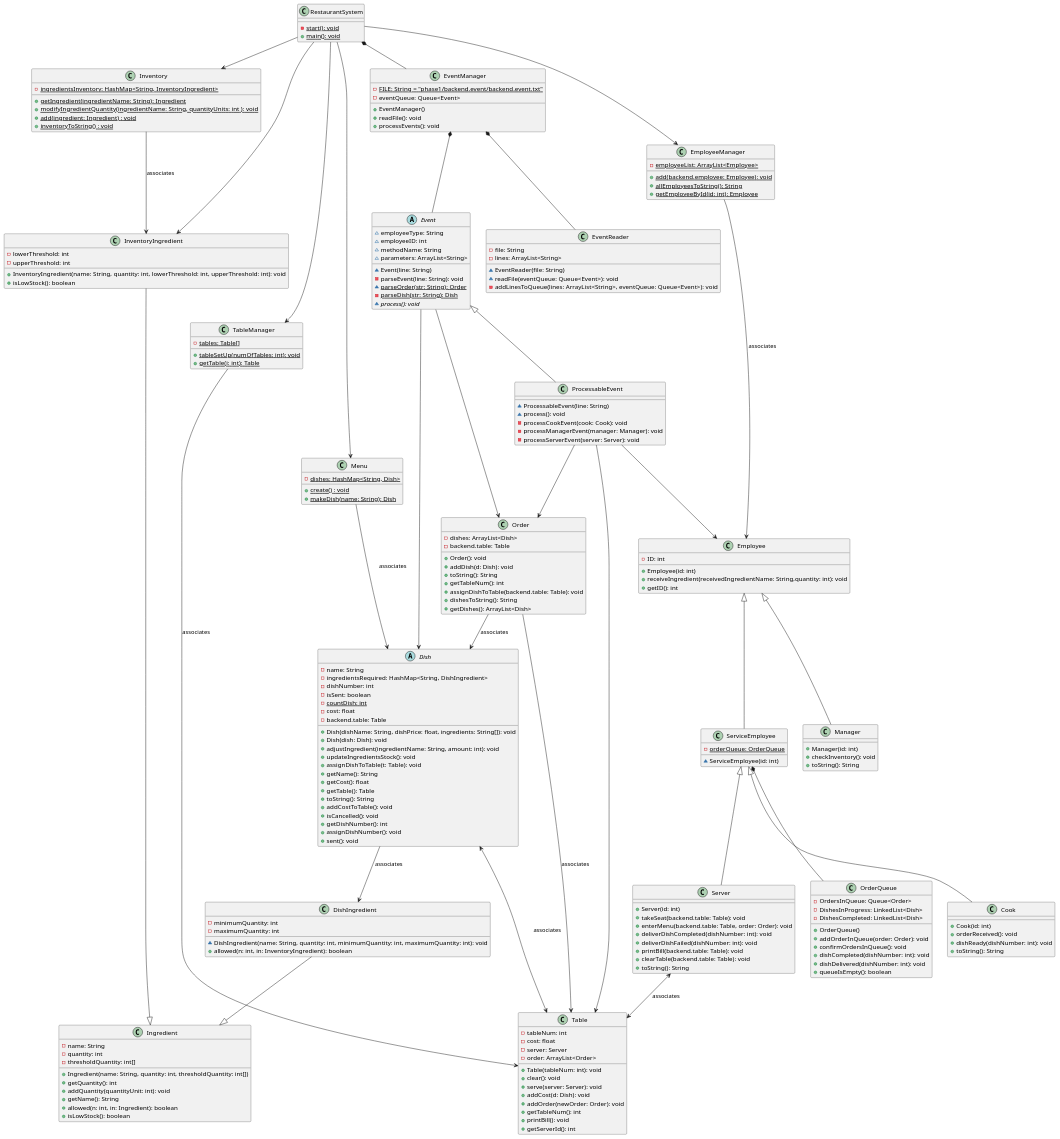
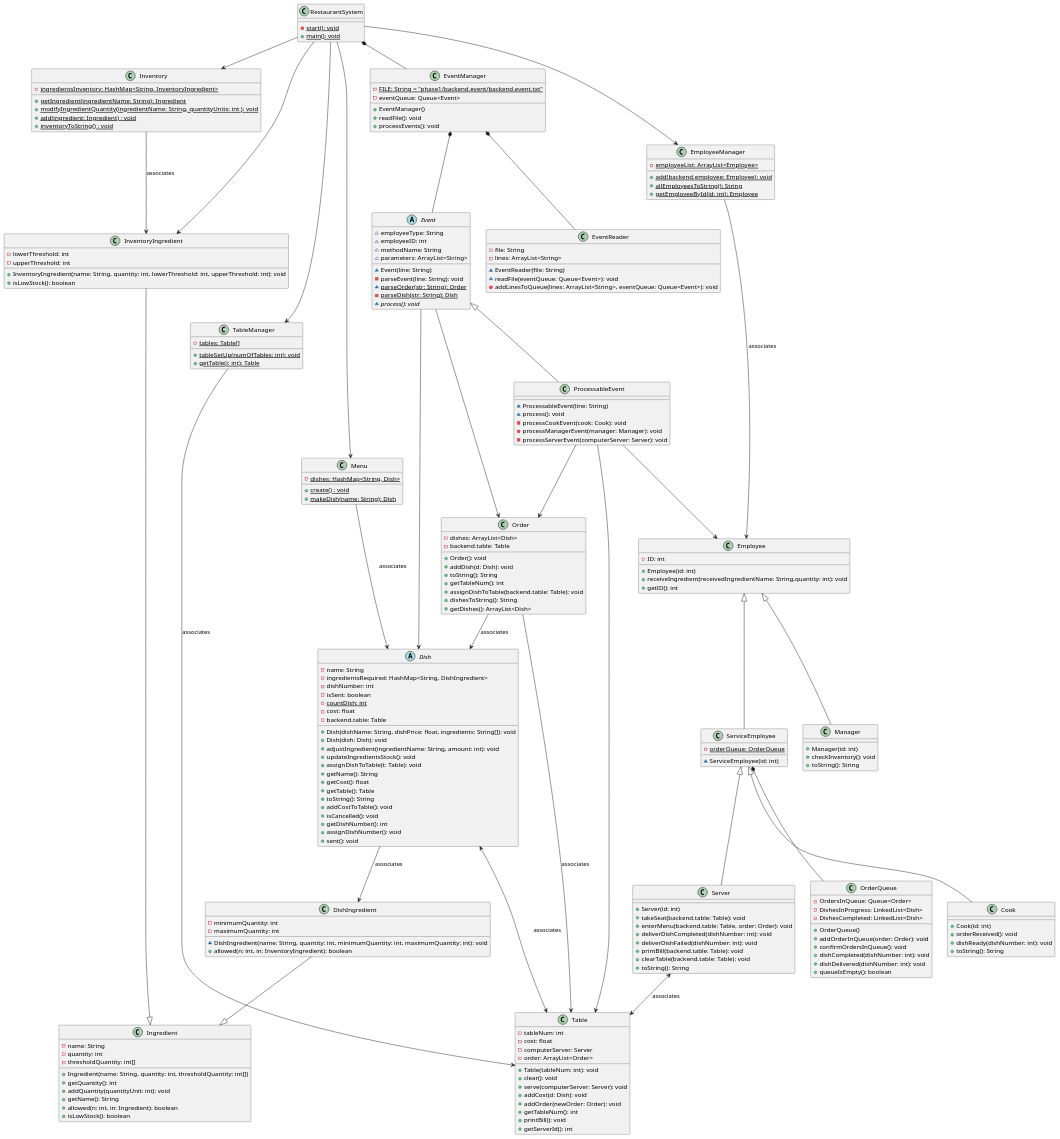
Before and after one commit to billangli/RestaurantSystem: the diagram in phase1/etc/phase1uml.puml, drawn with PlantUML. The commit also changed 28 other files, not shown here.

Commit message:
Client can now send messages to Server and Server will create Events and put into EventManager

```diff
--- a/phase1/etc/phase1uml.puml
+++ b/phase1/etc/phase1uml.puml
@@ -67,11 +67,11 @@
 class Table{
 - tableNum: int
 - cost: float
-- server: Server
+- computerServer: Server
 - order: ArrayList<Order>
 + Table(tableNum: int): void
 + clear(): void
-+ serve(server: Server): void
++ serve(computerServer: Server): void
 + addCost(d: Dish): void
 + addOrder(newOrder: Order): void
 + getTableNum(): int
@@ -191,7 +191,7 @@
 ~ process(): void
 - processCookEvent(cook: Cook): void
 - processManagerEvent(manager: Manager): void
-- processServerEvent(server: Server): void
+- processServerEvent(computerServer: Server): void
 }
 
 class EventReader{
```
